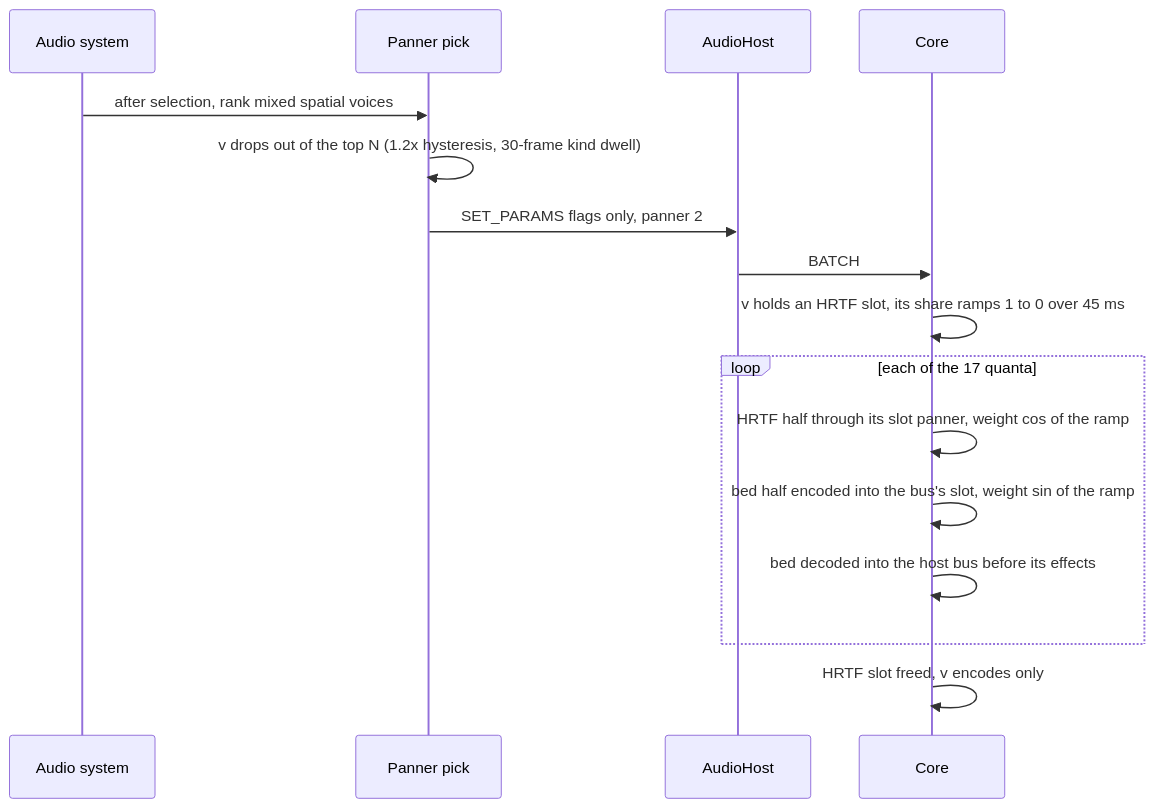
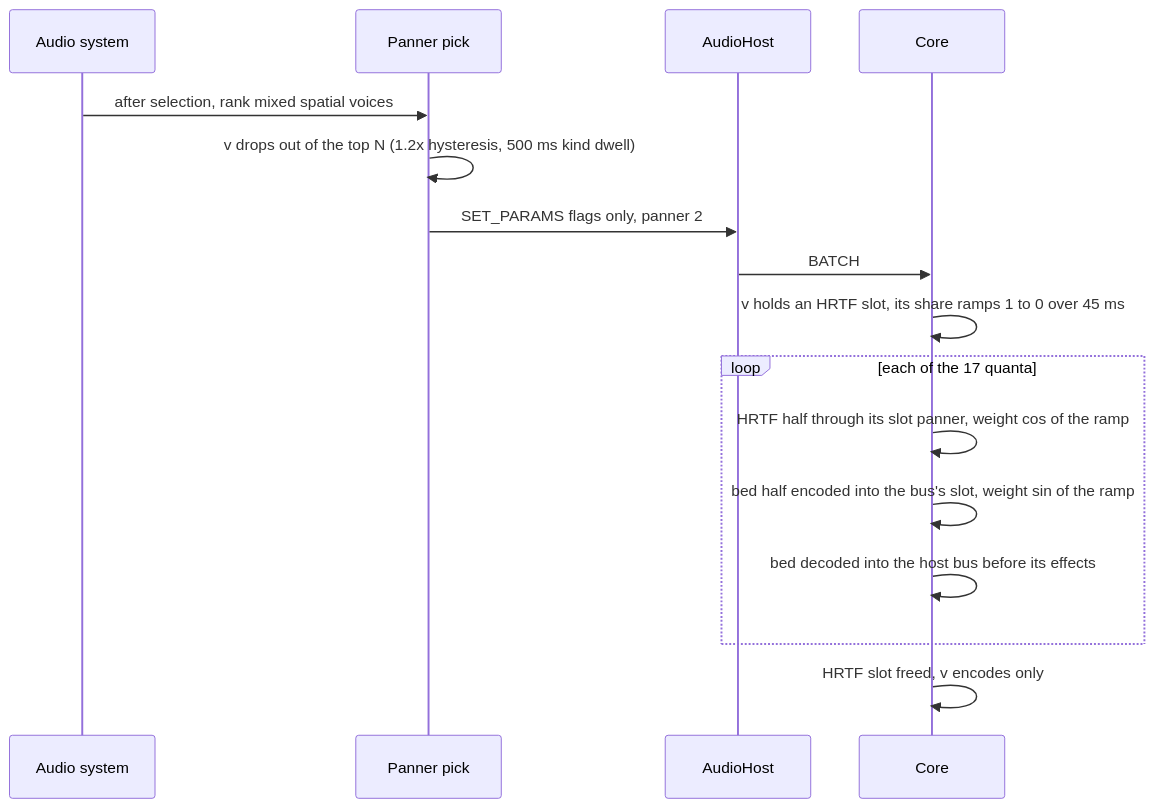
The fifth of 10 diagrams in docs/design/0162-audio-spatial/architecture.md (doughtnerd/TranquilityEngine), drawn with Mermaid before and after one commit. The commit also changed other lines of this file and 3 other files, not shown here.

````diff
--- a/docs/design/0162-audio-spatial/architecture.md
+++ b/docs/design/0162-audio-spatial/architecture.md
@@ -226,18 +226,18 @@
 ```mermaid
 sequenceDiagram
   participant Y as Audio system
   participant P as Panner pick
   participant H as AudioHost
   participant K as Core
   Y->>P: after selection, rank mixed spatial voices
-  P->>P: v drops out of the top N (1.2x hysteresis, 30-frame kind dwell)
+  P->>P: v drops out of the top N (1.2x hysteresis, 500 ms kind dwell)
   P->>H: SET_PARAMS flags only, panner 2
   H->>K: BATCH
   K->>K: v holds an HRTF slot, its share ramps 1 to 0 over 45 ms
   loop each of the 17 quanta
     K->>K: HRTF half through its slot panner, weight cos of the ramp
     K->>K: bed half encoded into the bus's slot, weight sin of the ramp
     K->>K: bed decoded into the host bus before its effects
   end
   K->>K: HRTF slot freed, v encodes only
 ```
````
